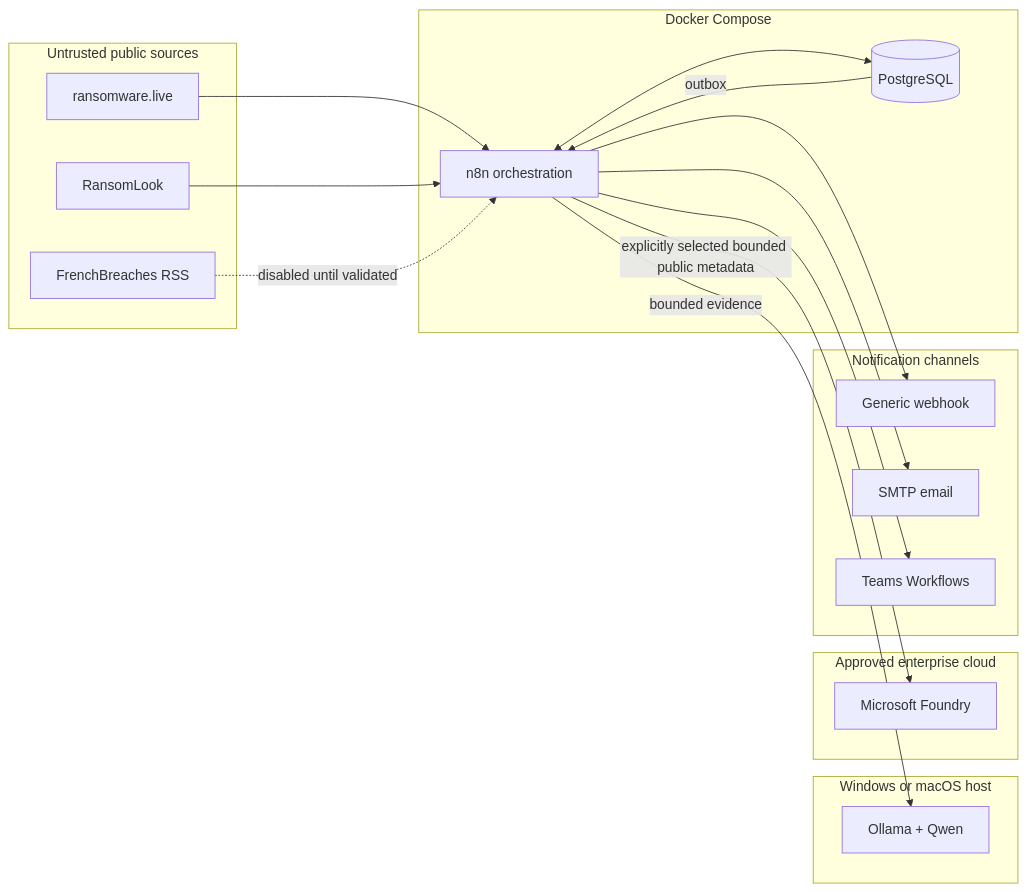
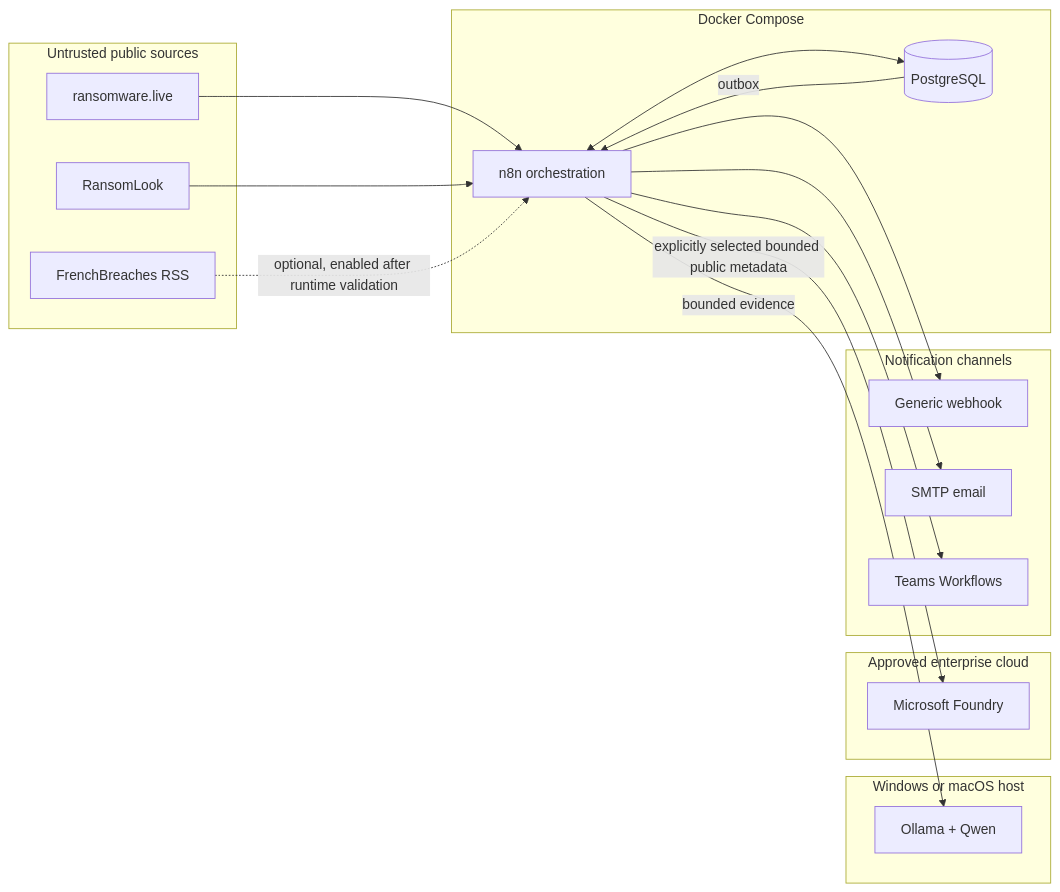
The diagram in README.md (DimLeon009/threat-claim-monitor), drawn with Mermaid before and after one commit. The commit also changed other lines of this file and 17 other files, not shown here.

````diff
--- a/README.md
+++ b/README.md
@@ -69,38 +69,38 @@
 ```mermaid
 flowchart LR
     subgraph External["Untrusted public sources"]
         RL["ransomware.live"]
         RLOOK["RansomLook"]
         FB["FrenchBreaches RSS"]
     end
 
     subgraph Docker["Docker Compose"]
         N8N["n8n orchestration"]
         PG[("PostgreSQL")]
     end
 
     subgraph Host["Windows or macOS host"]
         OLLAMA["Ollama + Qwen"]
     end
 
     subgraph Cloud["Approved enterprise cloud"]
         FOUNDRY["Microsoft Foundry"]
     end
 
     subgraph Channels["Notification channels"]
         WEBHOOK["Generic webhook"]
         EMAIL["SMTP email"]
         TEAMS["Teams Workflows"]
     end
 
     RL --> N8N
     RLOOK --> N8N
-    FB -. "disabled until validated" .-> N8N
+    FB -. "optional, enabled after runtime validation" .-> N8N
     N8N <--> PG
     N8N -->|"bounded evidence"| OLLAMA
     N8N -->|"explicitly selected bounded public metadata"| FOUNDRY
     PG -->|"outbox"| N8N
     N8N --> WEBHOOK
     N8N --> EMAIL
     N8N --> TEAMS
 ```
````
